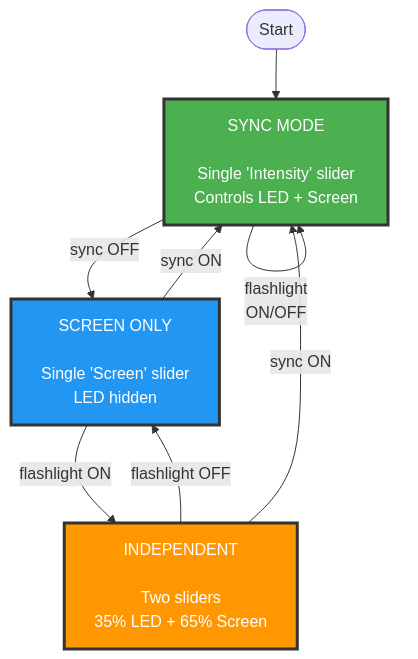
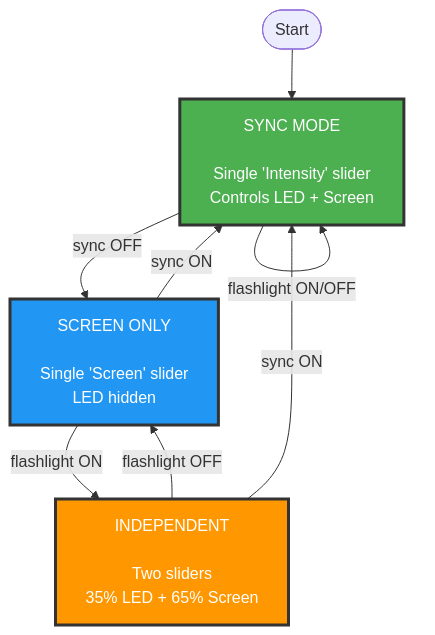
The diagram in README.md (boazmichaely/flashlight-app), drawn with Mermaid before and after one commit.

Commit message:
📝 Clean up state machine transition label
- Remove line break from 'flashlight ON/OFF' label
- More consistent with other single-line transition labels

````diff
--- a/README.md
+++ b/README.md
@@ -44,21 +44,21 @@
 ```mermaid
 flowchart TD
     Start([Start]) --> A
     
     A["SYNC MODE<br/><br/>Single 'Intensity' slider<br/>Controls LED + Screen"]
     B["SCREEN ONLY<br/><br/>Single 'Screen' slider<br/>LED hidden"]  
     C["INDEPENDENT<br/><br/>Two sliders<br/>35% LED + 65% Screen"]
     
     A -->|sync OFF| B
-    A -->|flashlight<br/>ON/OFF| A
+    A -->|flashlight ON/OFF| A
     
     B -->|sync ON| A
     B -->|flashlight ON| C
     
     C -->|flashlight OFF| B
     C -->|sync ON| A
     
     style A fill:#4CAF50,stroke:#333,stroke-width:3px,color:#fff
     style B fill:#2196F3,stroke:#333,stroke-width:3px,color:#fff  
     style C fill:#FF9800,stroke:#333,stroke-width:3px,color:#fff
 ```
````
